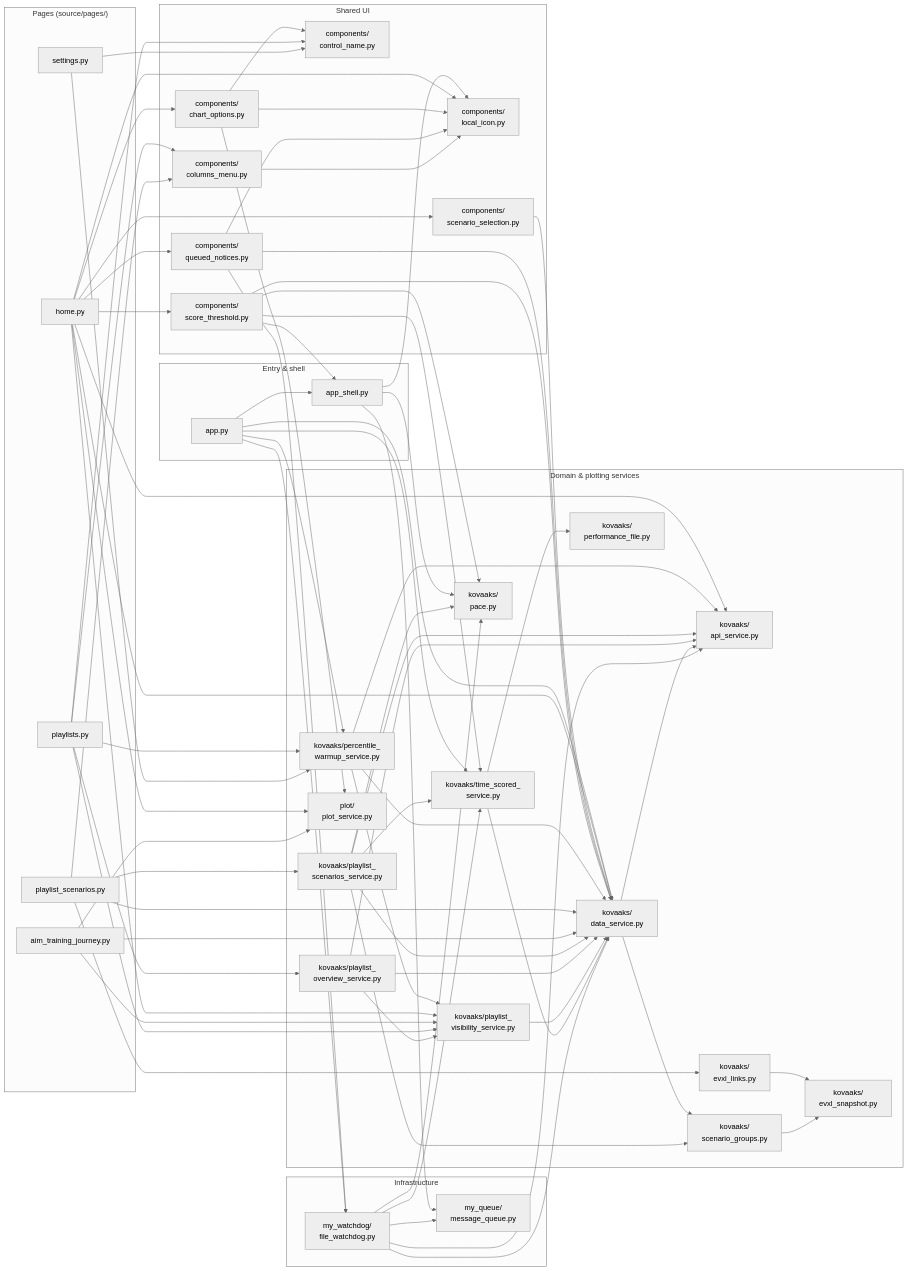
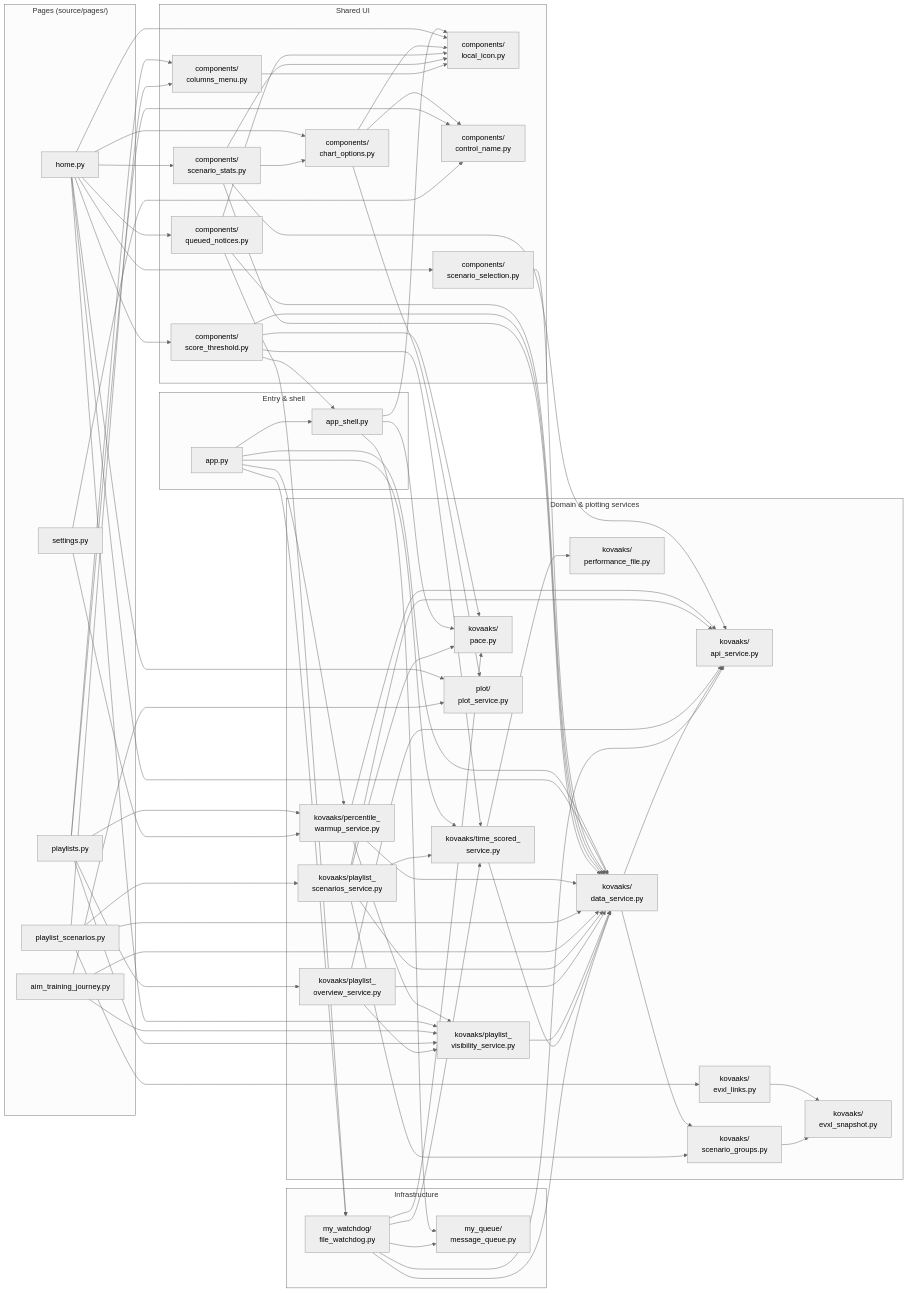
Before and after one commit to MingoDynasty/Corporate-Serf-Dashboard: the third of 3 diagrams in docs/architecture.md, drawn with Mermaid (neutral theme). The commit also changed other lines of this file, not shown here.

First line of the commit message:
docs: put components/scenario_stats.py on the architecture map

```diff
--- a/docs/architecture.md
+++ b/docs/architecture.md
@@ -247,6 +247,7 @@
         ScenarioSelection["components/<br/>scenario_selection.py"]
         QueuedNotices["components/<br/>queued_notices.py"]
         ScoreThreshold["components/<br/>score_threshold.py"]
+        ScenarioStats["components/<br/>scenario_stats.py"]
     end
 
     subgraph Services["Domain & plotting services"]
@@ -280,7 +281,6 @@
     Shell --> Queue
     Shell --> Pace
     Home --> DataService
-    Home --> ApiService
     Home --> PlotService
     Home --> LocalIcon
     Home --> ChartOptions
@@ -298,6 +298,11 @@
     ScoreThreshold --> DataService
     ScoreThreshold --> TimeScored
     ScoreThreshold --> Pace
+    Home --> ScenarioStats
+    ScenarioStats --> ChartOptions
+    ScenarioStats --> LocalIcon
+    ScenarioStats --> DataService
+    ScenarioStats --> ApiService
     Playlists --> ControlName
     SettingsPage --> ControlName
     Playlists --> ColumnsMenu
```
